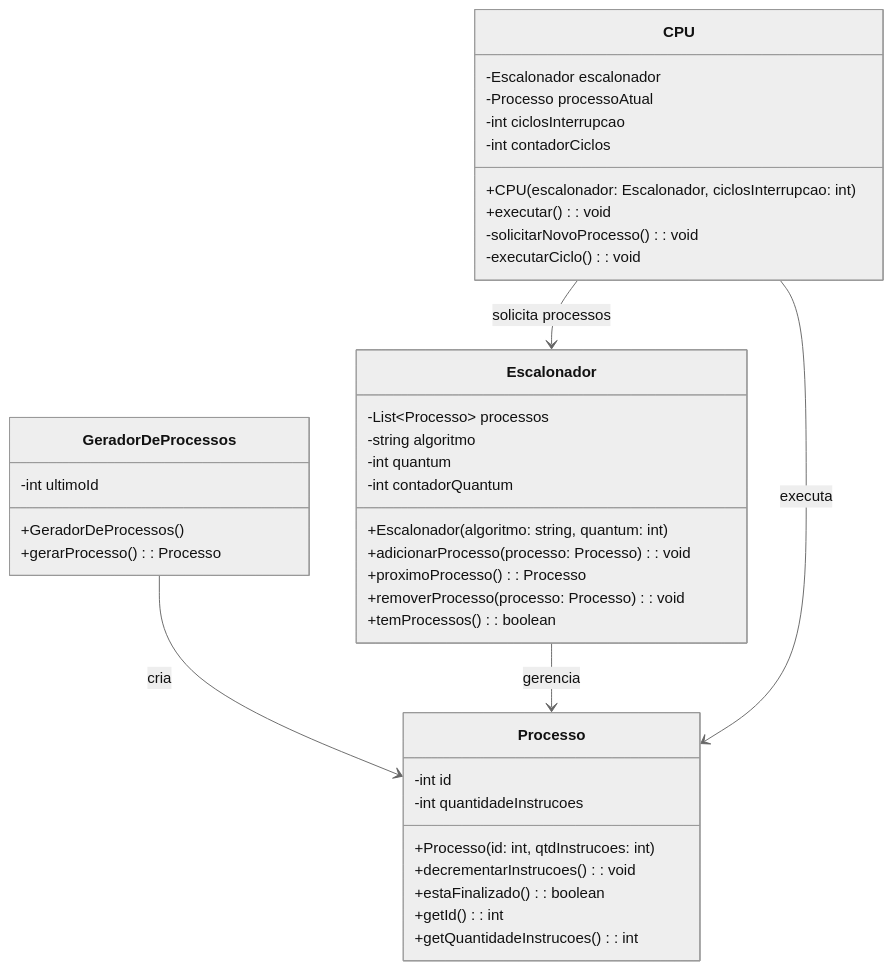
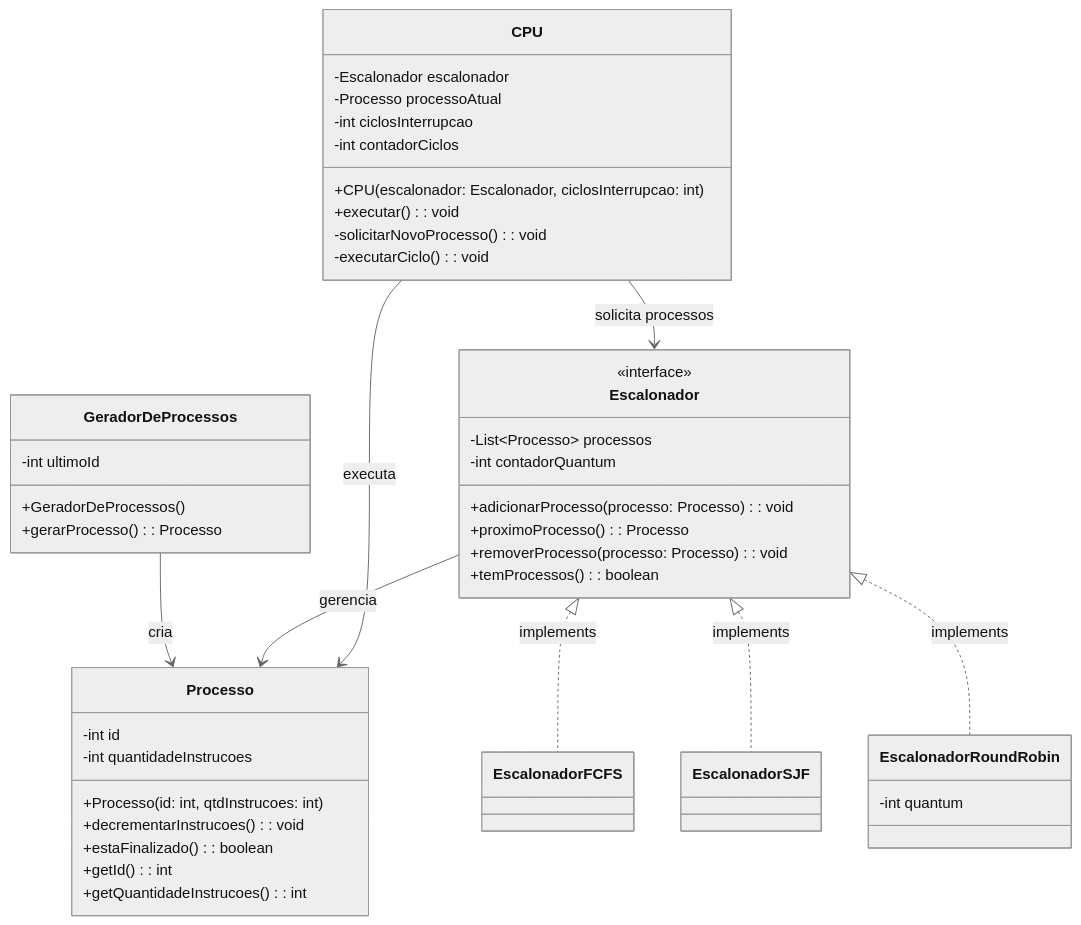
One commit to GigliarlyM/Simulador_CPU-processos-SO-v1 changed the first of 2 diagrams in diagram.md. Above: the diagram before and after it, drawn with Mermaid (neutral theme).

````diff
--- a/diagram.md
+++ b/diagram.md
@@ -3,46 +3,57 @@
 ```mermaid
 classDiagram
     class Processo {
         -int id
         -int quantidadeInstrucoes
         +Processo(id: int, qtdInstrucoes: int)
         +decrementarInstrucoes(): void
         +estaFinalizado(): boolean
         +getId(): int
         +getQuantidadeInstrucoes(): int
     }
 
     class GeradorDeProcessos {
         -int ultimoId
         +GeradorDeProcessos()
         +gerarProcesso(): Processo
     }
 
     class Escalonador {
+        <<interface>>
         -List~Processo~ processos
-        -string algoritmo
-        -int quantum
         -int contadorQuantum
-        +Escalonador(algoritmo: string, quantum: int)
         +adicionarProcesso(processo: Processo): void
         +proximoProcesso(): Processo
         +removerProcesso(processo: Processo): void
         +temProcessos(): boolean
+    }
+    
+    class EscalonadorFCFS {
+    }
+    
+    class EscalonadorRoundRobin {
+        -int quantum
+    }
+    
+    class EscalonadorSJF {
     }
 
     class CPU {
         -Escalonador escalonador
         -Processo processoAtual
         -int ciclosInterrupcao
         -int contadorCiclos
         +CPU(escalonador: Escalonador, ciclosInterrupcao: int)
         +executar(): void
         -solicitarNovoProcesso(): void
         -executarCiclo(): void
     }
 
     GeradorDeProcessos --> Processo : cria
     CPU --> Escalonador : solicita processos
     Escalonador --> Processo : gerencia
     CPU --> Processo : executa
+    Escalonador <|.. EscalonadorFCFS: implements
+    Escalonador <|.. EscalonadorSJF: implements
+    Escalonador <|.. EscalonadorRoundRobin: implements
 ```
````
